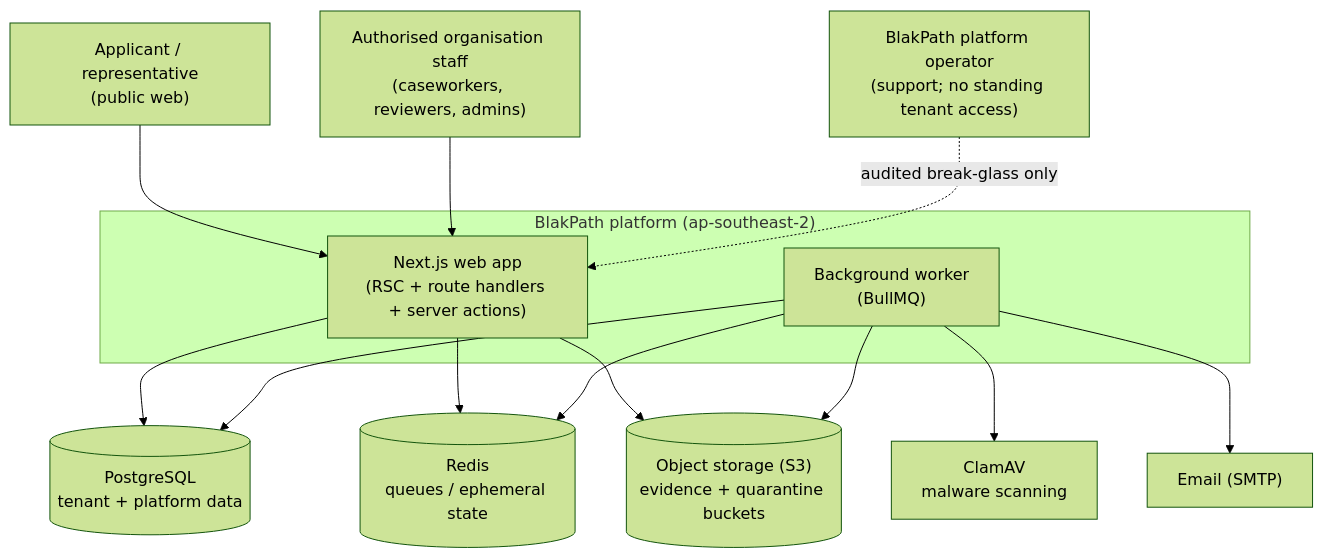
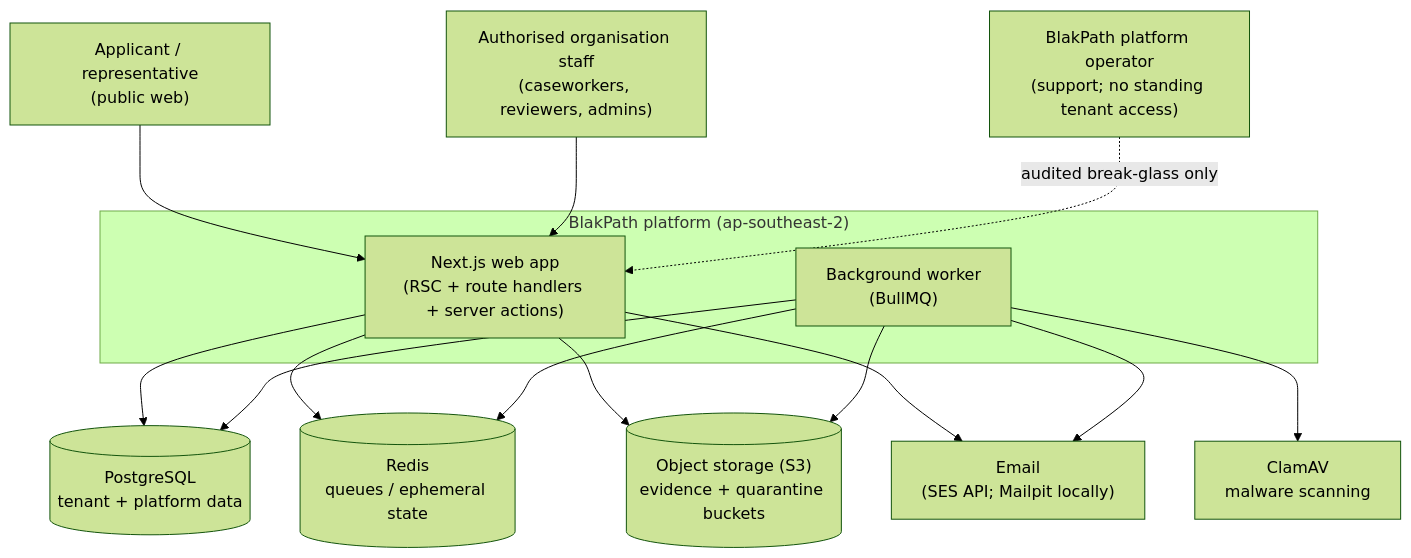
Before and after one commit to yumaitau/BlakPath: the first of 3 diagrams in docs/architecture.md, drawn with Mermaid (forest theme). The commit also changed other lines of this file and 8 other files, not shown here.

First line of the commit message:
docs(email): record sender ADR and SES/DNS set-up

````diff
--- a/docs/architecture.md
+++ b/docs/architecture.md
@@ -51,30 +51,31 @@
 ```mermaid
 flowchart TB
   applicant["Applicant / representative<br/>(public web)"]
   staff["Authorised organisation staff<br/>(caseworkers, reviewers, admins)"]
   operator["BlakPath platform operator<br/>(support; no standing tenant access)"]
 
   subgraph blakpath["BlakPath platform (ap-southeast-2)"]
     web["Next.js web app<br/>(RSC + route handlers + server actions)"]
     worker["Background worker<br/>(BullMQ)"]
   end
 
   pg[("PostgreSQL<br/>tenant + platform data")]
   redis[("Redis<br/>queues / ephemeral state")]
   s3[("Object storage (S3)<br/>evidence + quarantine buckets")]
   clamav["ClamAV<br/>malware scanning"]
-  smtp["Email (SMTP)"]
+  smtp["Email<br/>(SES API; Mailpit locally)"]
 
   applicant --> web
   staff --> web
   operator -. audited break-glass only .-> web
 
   web --> pg
   web --> redis
   web --> s3
   worker --> pg
   worker --> redis
   worker --> s3
   worker --> clamav
+  web --> smtp
   worker --> smtp
 ```
````
